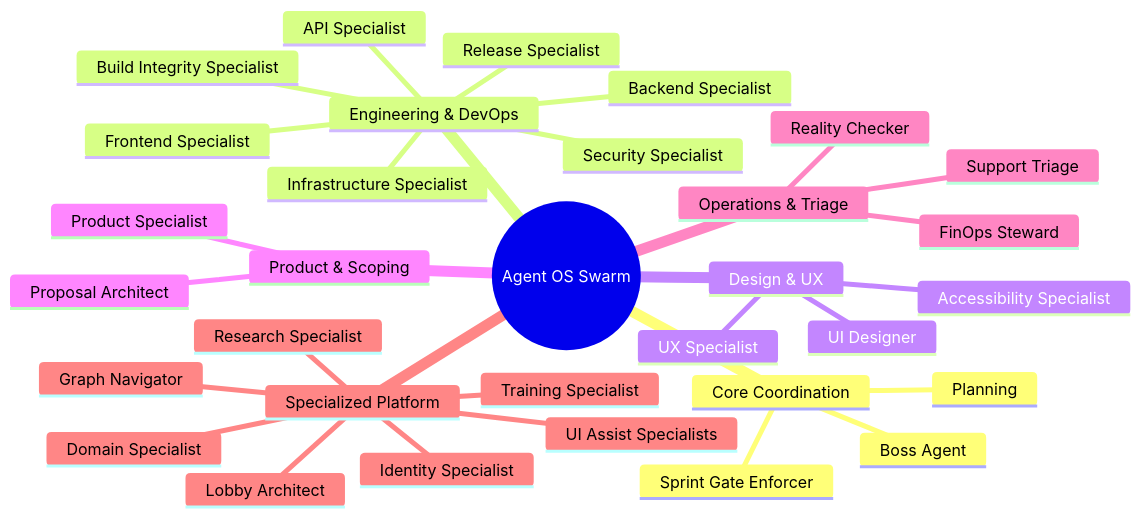
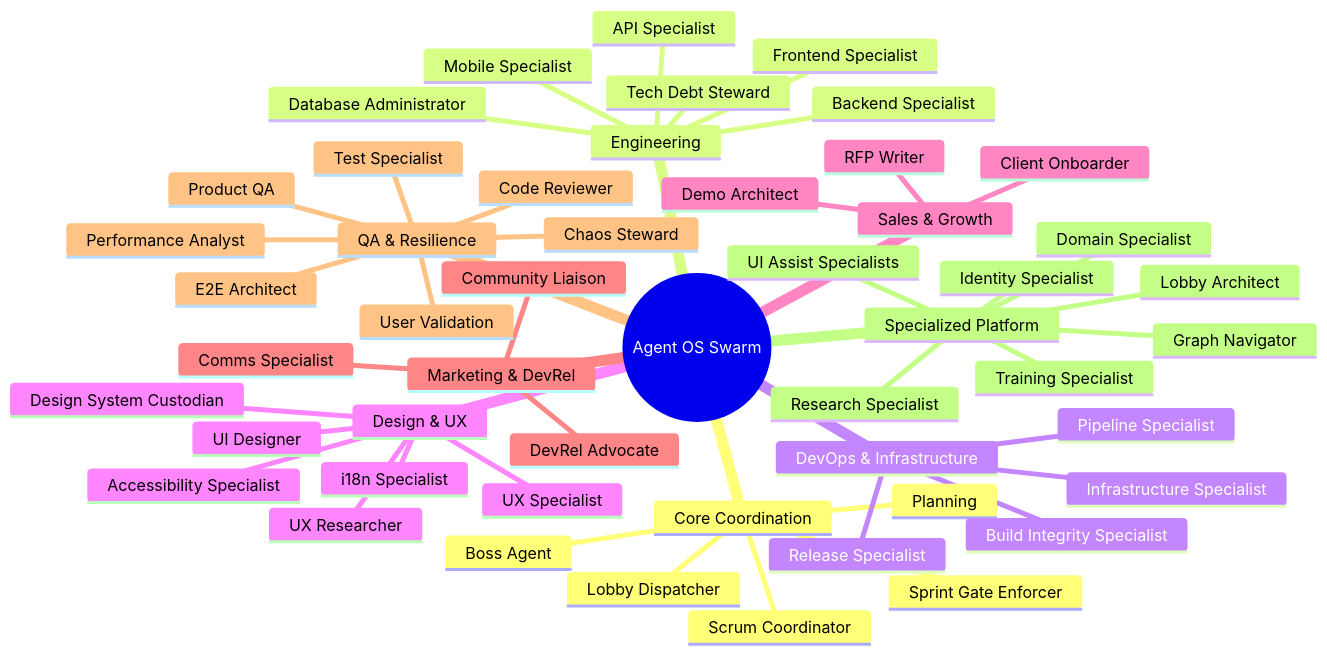
The diagram in agent-os/sub-agents/README.md (ronnikc/agent-os-protocol), drawn with Mermaid before and after one commit. The commit also changed other lines of this file and 24 other files, not shown here.

````diff
--- a/agent-os/sub-agents/README.md
+++ b/agent-os/sub-agents/README.md
@@ -13,35 +13,53 @@
 ```mermaid
 mindmap
   root((Agent OS Swarm))
     Core Coordination
       Boss Agent
       Planning
       Sprint Gate Enforcer
-    Engineering & DevOps
+      Lobby Dispatcher
+      Scrum Coordinator
+    Engineering
       Backend Specialist
       Frontend Specialist
       API Specialist
+      Mobile Specialist
+      Database Administrator
+      Tech Debt Steward
+    DevOps & Infrastructure
       Infrastructure Specialist
       Release Specialist
       Build Integrity Specialist
-      Security Specialist
+      Pipeline Specialist
     Design & UX
       UI Designer
       UX Specialist
       Accessibility Specialist
-    Product & Scoping
-      Product Specialist
-      Proposal Architect
-    Operations & Triage
-      Support Triage
-      FinOps Steward
-      Reality Checker
+      Design System Custodian
+      i18n Specialist
+      UX Researcher
+    Sales & Growth
+      Demo Architect
+      RFP Writer
+      Client Onboarder
+    Marketing & DevRel
+      DevRel Advocate
+      Comms Specialist
+      Community Liaison
+    QA & Resilience
+      Product QA
+      Test Specialist
+      User Validation
+      Code Reviewer
+      E2E Architect
+      Performance Analyst
+      Chaos Steward
     Specialized Platform
       Domain Specialist
       Identity Specialist
       Training Specialist
       Lobby Architect
       Research Specialist
       Graph Navigator
       UI Assist Specialists
 ```
````
